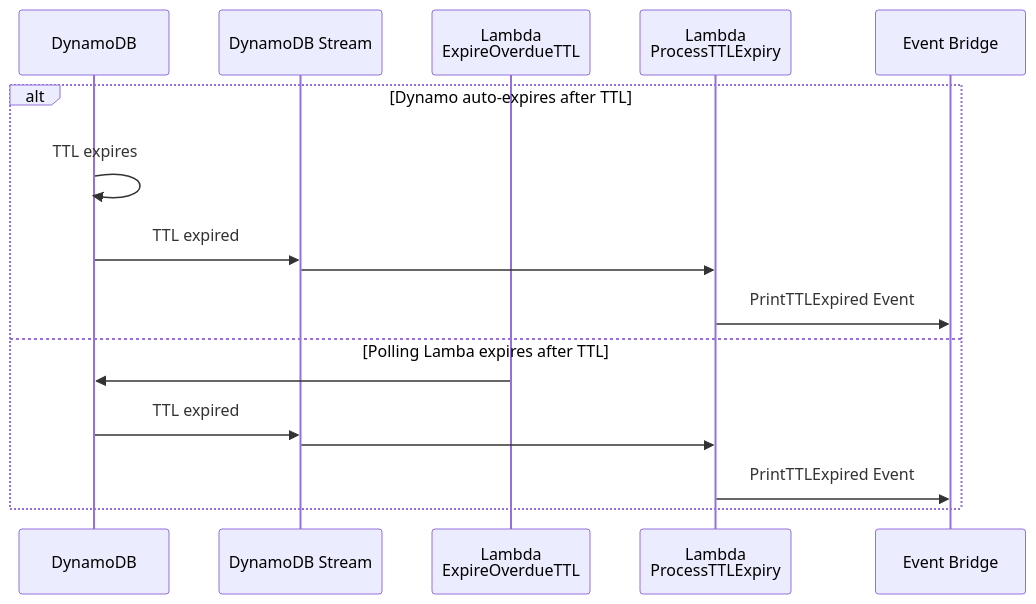
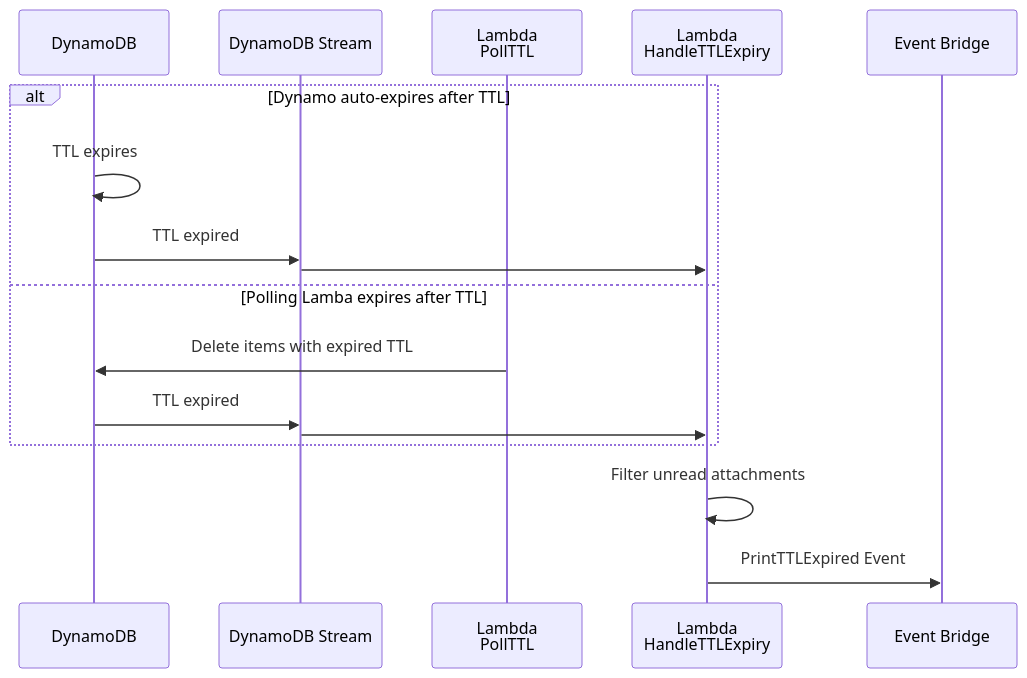
Before and after one commit to RossBugginsNHS/nhs-notify-digital-letters: the diagram in docs/diagrams/expire-print-ttl-sequence.md, drawn with Mermaid. The commit also changed 30 other files, not shown here.

````diff
--- a/docs/diagrams/expire-print-ttl-sequence.md
+++ b/docs/diagrams/expire-print-ttl-sequence.md
@@ -14,20 +14,20 @@
 ```mermaid
 sequenceDiagram
   participant dynamo as DynamoDB
   participant stream as DynamoDB Stream
-  participant expireTTL as Lambda<br/>ExpireOverdueTTL
-  participant processTTLExpiry as Lambda<br/>ProcessTTLExpiry
+  participant expireTTL as Lambda<br/>PollTTL
+  participant processTTLExpiry as Lambda<br/>HandleTTLExpiry
   participant eb as Event Bridge
 
   alt Dynamo auto-expires after TTL
     dynamo ->> dynamo: TTL expires
     dynamo ->> stream: TTL expired
     stream ->> processTTLExpiry:
-    processTTLExpiry ->> eb: PrintTTLExpired Event
   else Polling Lamba expires after TTL
-    expireTTL ->> dynamo:
+    expireTTL ->> dynamo: Delete items with expired TTL
     dynamo ->> stream: TTL expired
     stream ->> processTTLExpiry:
-    processTTLExpiry ->> eb: PrintTTLExpired Event
   end
+  processTTLExpiry ->> processTTLExpiry: Filter unread attachments
+  processTTLExpiry ->> eb: PrintTTLExpired Event
 ```
````
